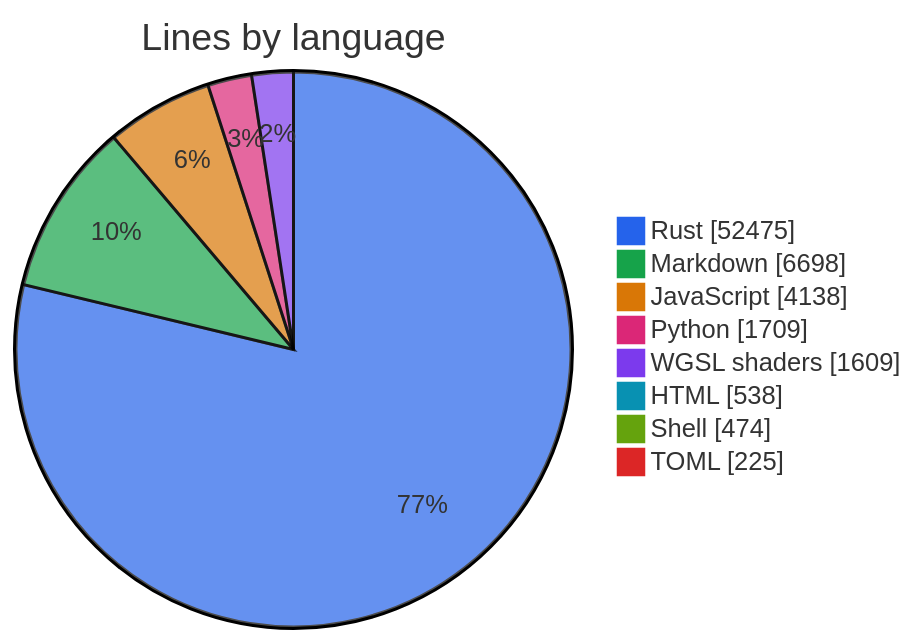
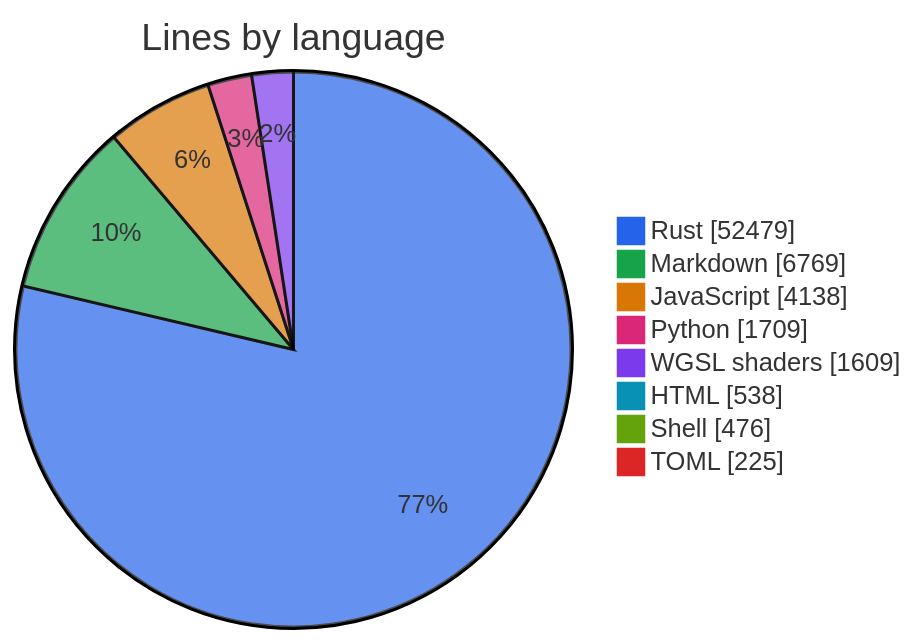
The first of 2 diagrams in metrics.md (thomascherickal/ferrum-gpu), drawn with Mermaid before and after one commit. The commit also changed other lines of this file and 8 other files, not shown here.

````diff
--- a/metrics.md
+++ b/metrics.md
@@ -22,12 +22,12 @@
 ```mermaid
 %%{init: {"theme": "base", "themeVariables": {"pie1": "#2563eb", "pie2": "#16a34a", "pie3": "#d97706", "pie4": "#db2777", "pie5": "#7c3aed", "pie6": "#0891b2", "pie7": "#65a30d", "pie8": "#dc2626"}}}%%
 pie showData title Lines by language
-    "Rust" : 52475
-    "Markdown" : 6698
+    "Rust" : 52479
+    "Markdown" : 6769
     "JavaScript" : 4138
     "Python" : 1709
     "WGSL shaders" : 1609
     "HTML" : 538
-    "Shell" : 474
+    "Shell" : 476
     "TOML" : 225
 ```
````
